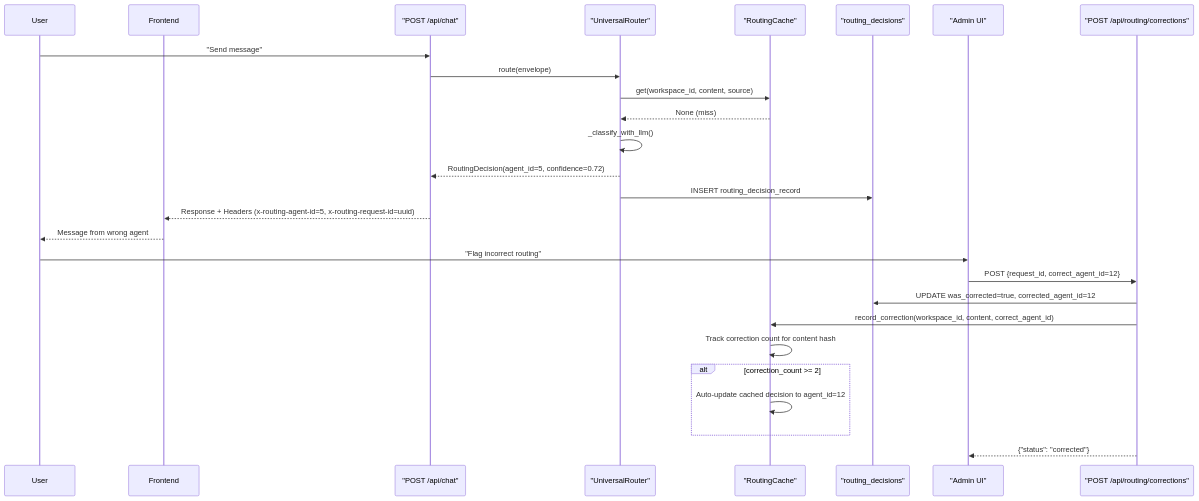
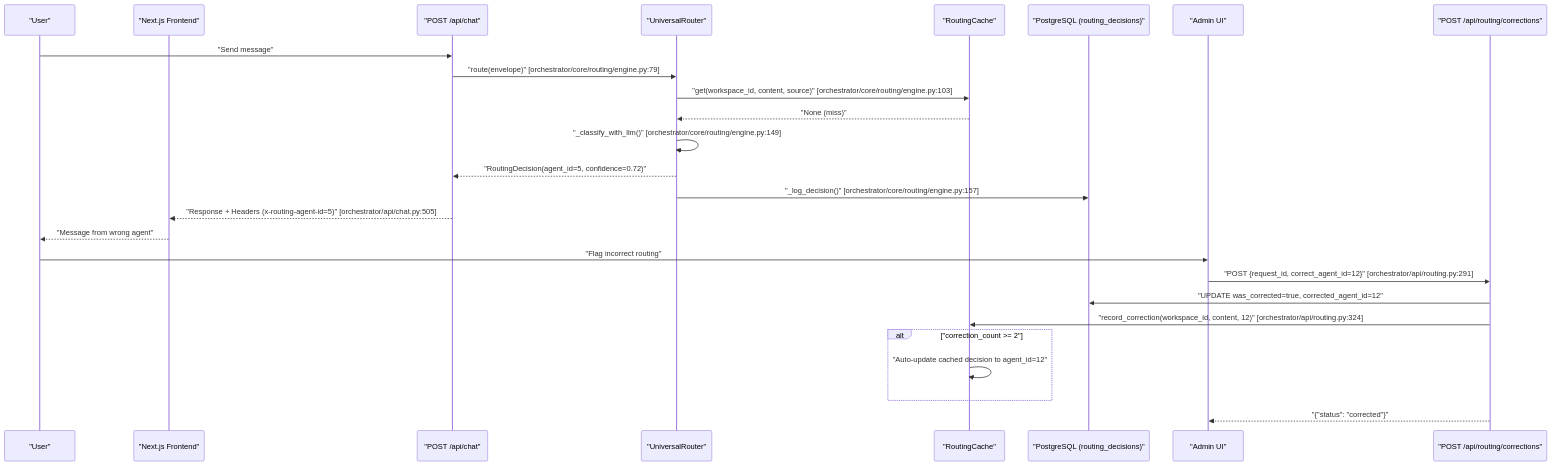
Before and after one commit to AutomatosAI/automatos-ai: the first of 2 diagrams in docs/universal-router/routing-corrections-learning.md, drawn with Mermaid. The commit also changed other lines of this file and 149 other files, not shown here.

Commit message:
docs: refresh documentation with graphify semantic scan

````diff
--- a/docs/universal-router/routing-corrections-learning.md
+++ b/docs/universal-router/routing-corrections-learning.md
@@ -50,34 +73,33 @@
 ```mermaid
 sequenceDiagram
-    participant User
-    participant Frontend
+    participant User as "User"
+    participant Frontend as "Next.js Frontend"
     participant ChatAPI as "POST /api/chat"
     participant Router as "UniversalRouter"
     participant Cache as "RoutingCache"
-    participant DB as "routing_decisions"
+    participant DB as "PostgreSQL (routing_decisions)"
     participant AdminUI as "Admin UI"
     participant CorrectionAPI as "POST /api/routing/corrections"
 
     User->>ChatAPI: "Send message"
-    ChatAPI->>Router: route(envelope)
-    Router->>Cache: get(workspace_id, content, source)
-    Cache-->>Router: None (miss)
-    Router->>Router: _classify_with_llm()
-    Router-->>ChatAPI: RoutingDecision(agent_id=5, confidence=0.72)
-    Router->>DB: INSERT routing_decision_record
+    ChatAPI->>Router: "route(envelope)" [orchestrator/core/routing/engine.py:79]
+    Router->>Cache: "get(workspace_id, content, source)" [orchestrator/core/routing/engine.py:103]
+    Cache-->>Router: "None (miss)"
+    Router->>Router: "_classify_with_llm()" [orchestrator/core/routing/engine.py:149]
+    Router-->>ChatAPI: "RoutingDecision(agent_id=5, confidence=0.72)"
+    Router->>DB: "_log_decision()" [orchestrator/core/routing/engine.py:157]
     
-    ChatAPI-->>Frontend: Response + Headers (x-routing-agent-id=5, x-routing-request-id=uuid)
-    Frontend-->>User: Message from wrong agent
+    ChatAPI-->>Frontend: "Response + Headers (x-routing-agent-id=5)" [orchestrator/api/chat.py:505]
+    Frontend-->>User: "Message from wrong agent"
     
     User->>AdminUI: "Flag incorrect routing"
-    AdminUI->>CorrectionAPI: POST {request_id, correct_agent_id=12}
-    CorrectionAPI->>DB: UPDATE was_corrected=true, corrected_agent_id=12
-    CorrectionAPI->>Cache: record_correction(workspace_id, content, correct_agent_id)
-    Cache->>Cache: Track correction count for content hash
+    AdminUI->>CorrectionAPI: "POST {request_id, correct_agent_id=12}" [orchestrator/api/routing.py:291]
+    CorrectionAPI->>DB: "UPDATE was_corrected=true, corrected_agent_id=12"
+    CorrectionAPI->>Cache: "record_correction(workspace_id, content, 12)" [orchestrator/api/routing.py:324]
     
-    alt correction_count >= 2
-        Cache->>Cache: Auto-update cached decision to agent_id=12
+    alt "correction_count >= 2"
+        Cache->>Cache: "Auto-update cached decision to agent_id=12"
     end
     
-    CorrectionAPI-->>AdminUI: {"status": "corrected"}
+    CorrectionAPI-->>AdminUI: "{"status": "corrected"}"
 ```
````
